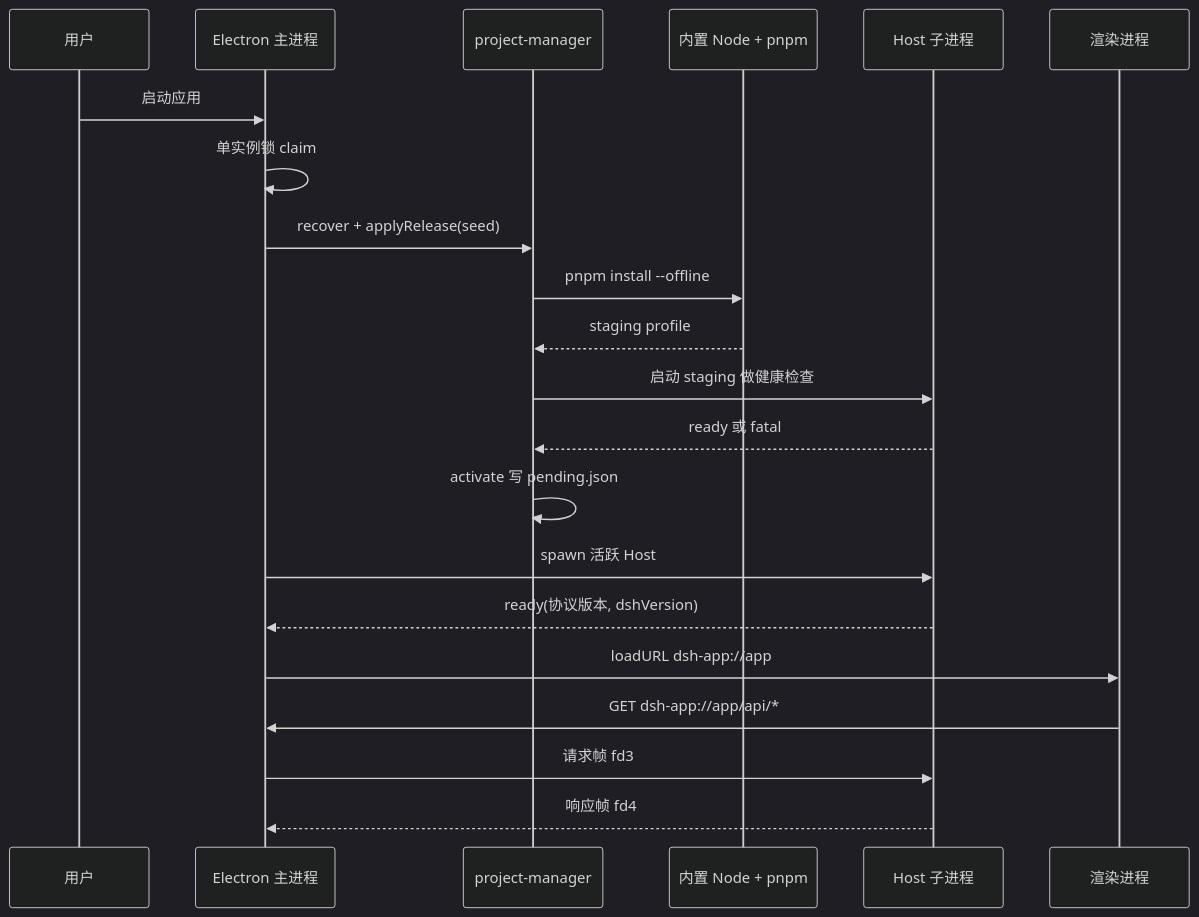
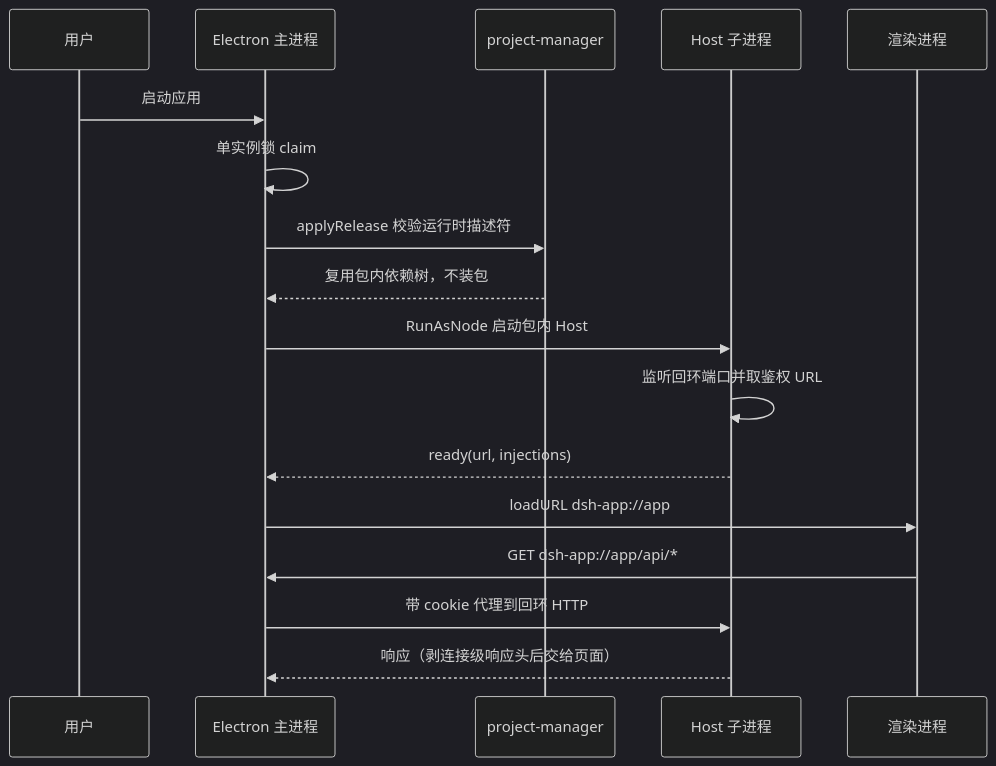
The second of 3 diagrams in ai-agent/deepseek-harness/desktop-app.md (morehao/oss-insights), drawn with Mermaid (dark theme) before and after one commit. The commit also changed other lines of this file and 28 other files, not shown here.

````diff
--- a/ai-agent/deepseek-harness/desktop-app.md
+++ b/ai-agent/deepseek-harness/desktop-app.md
@@ -127,23 +133,20 @@
 ```mermaid
 sequenceDiagram
     participant U as 用户
     participant E as Electron 主进程
     participant P as project-manager
-    participant N as 内置 Node + pnpm
     participant H as Host 子进程
     participant W as 渲染进程
+
     U->>E: 启动应用
     E->>E: 单实例锁 claim
-    E->>P: recover + applyRelease(seed)
-    P->>N: pnpm install --offline
-    N-->>P: staging profile
-    P->>H: 启动 staging 做健康检查
-    H-->>P: ready 或 fatal
-    P->>P: activate 写 pending.json
-    E->>H: spawn 活跃 Host
-    H-->>E: ready(协议版本, dshVersion)
+    E->>P: applyRelease 校验运行时描述符
+    P-->>E: 复用包内依赖树，不装包
+    E->>H: RunAsNode 启动包内 Host
+    H->>H: 监听回环端口并取鉴权 URL
+    H-->>E: ready(url, injections)
     E->>W: loadURL dsh-app://app
     W->>E: GET dsh-app://app/api/*
-    E->>H: 请求帧 fd3
-    H-->>E: 响应帧 fd4
+    E->>H: 带 cookie 代理到回环 HTTP
+    H-->>E: 响应（剥连接级响应头后交给页面）
 ```
````
